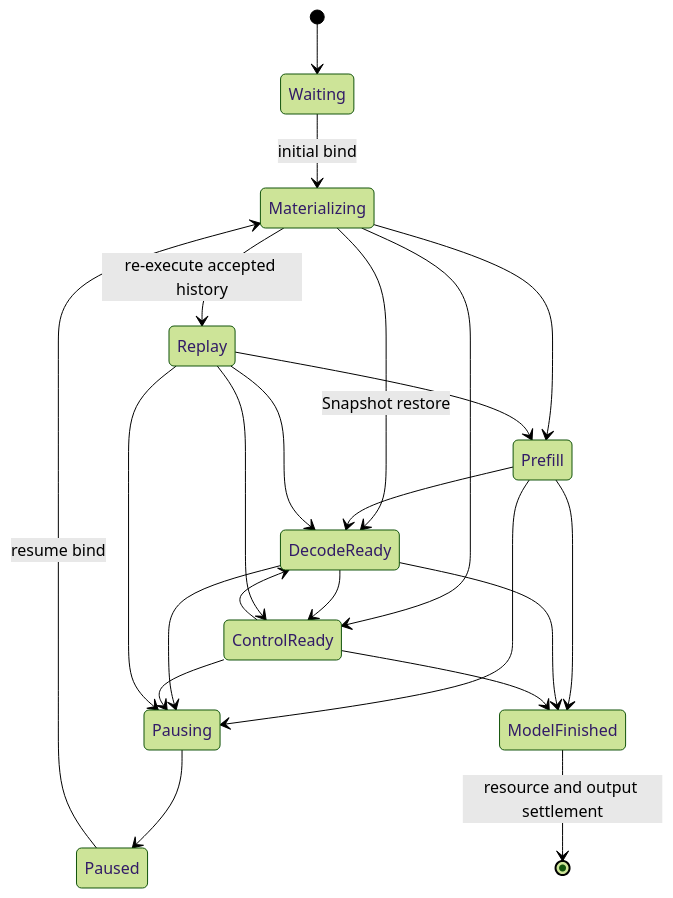
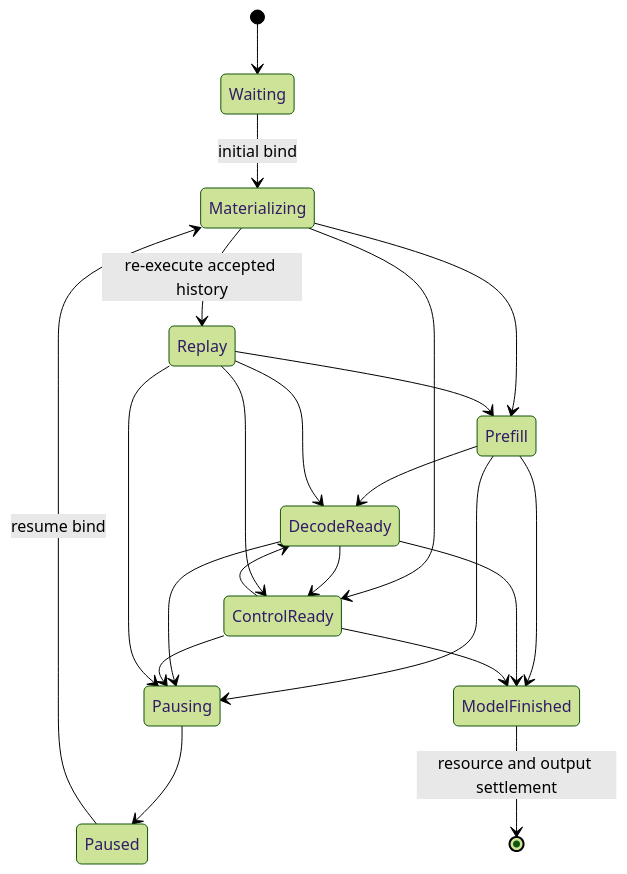
The third of 3 diagrams in docs/maintainer/engine-architecture.md (Wallawalla47/Infernix), drawn with Mermaid (forest theme) before and after one commit. The commit also changed other lines of this file and 106 other files, not shown here.

````diff
--- a/docs/maintainer/engine-architecture.md
+++ b/docs/maintainer/engine-architecture.md
@@ -167,25 +167,24 @@
 ```mermaid
 stateDiagram-v2
     [*] --> Waiting
     Waiting --> Materializing: initial bind
     Materializing --> Prefill
     Materializing --> Replay: re-execute accepted history
-    Materializing --> DecodeReady: Snapshot restore
     Materializing --> ControlReady
     Prefill --> DecodeReady
     DecodeReady --> ControlReady
     ControlReady --> DecodeReady
     Replay --> Prefill
     Replay --> DecodeReady
     Replay --> ControlReady
     Prefill --> Pausing
     DecodeReady --> Pausing
     ControlReady --> Pausing
     Replay --> Pausing
     Pausing --> Paused
     Paused --> Materializing: resume bind
     Prefill --> ModelFinished
     DecodeReady --> ModelFinished
     ControlReady --> ModelFinished
     ModelFinished --> [*]: resource and output settlement
 ```
````
